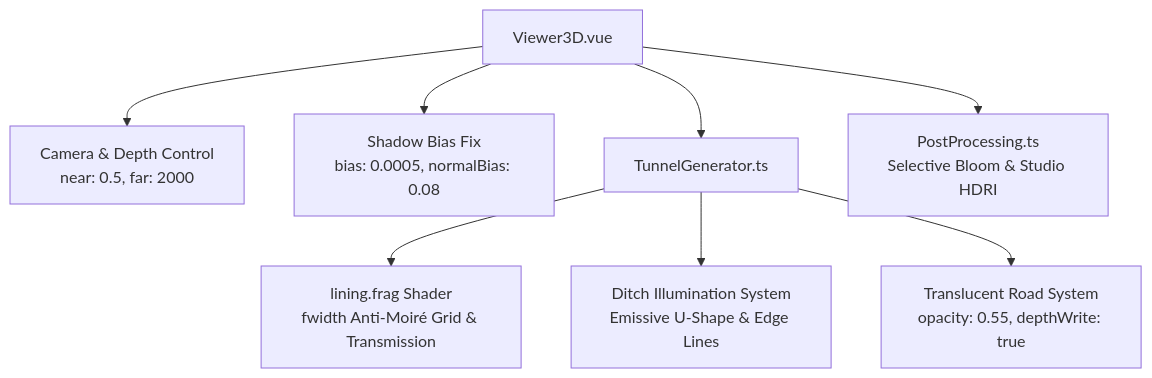
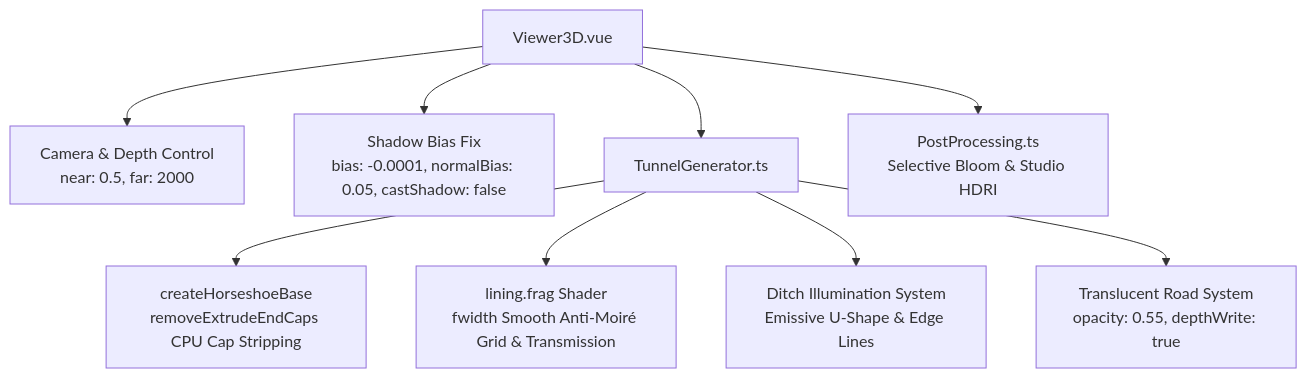
The diagram in 阶段4-第二次-3D材质灯光美化与排水沟高亮方案.md (TREYWANGCQU/on-a-Drainage-Adaptive-Platform), drawn with Mermaid before and after one commit. The commit also changed other lines of this file and 4 other files, not shown here.

````diff
--- a/阶段4-第二次-3D材质灯光美化与排水沟高亮方案.md
+++ b/阶段4-第二次-3D材质灯光美化与排水沟高亮方案.md
@@ -52,12 +53,13 @@
 ```mermaid
 graph TD
     A[Viewer3D.vue] --> B[Camera & Depth Control<br/>near: 0.5, far: 2000]
-    A --> C[Shadow Bias Fix<br/>bias: 0.0005, normalBias: 0.08]
+    A --> C[Shadow Bias Fix<br/>bias: -0.0001, normalBias: 0.05, castShadow: false]
     A --> D[TunnelGenerator.ts]
     
-    D --> E[lining.frag Shader<br/>fwidth Anti-Moiré Grid & Transmission]
-    D --> F[Ditch Illumination System<br/>Emissive U-Shape & Edge Lines]
-    D --> G[Translucent Road System<br/>opacity: 0.55, depthWrite: true]
+    D --> E[createHorseshoeBase<br/>removeExtrudeEndCaps CPU Cap Stripping]
+    D --> F[lining.frag Shader<br/>fwidth Smooth Anti-Moiré Grid & Transmission]
+    D --> G[Ditch Illumination System<br/>Emissive U-Shape & Edge Lines]
+    D --> H[Translucent Road System<br/>opacity: 0.55, depthWrite: true]
     
-    A --> H[PostProcessing.ts<br/>Selective Bloom & Studio HDRI]
+    A --> I[PostProcessing.ts<br/>Selective Bloom & Studio HDRI]
 ```
````
